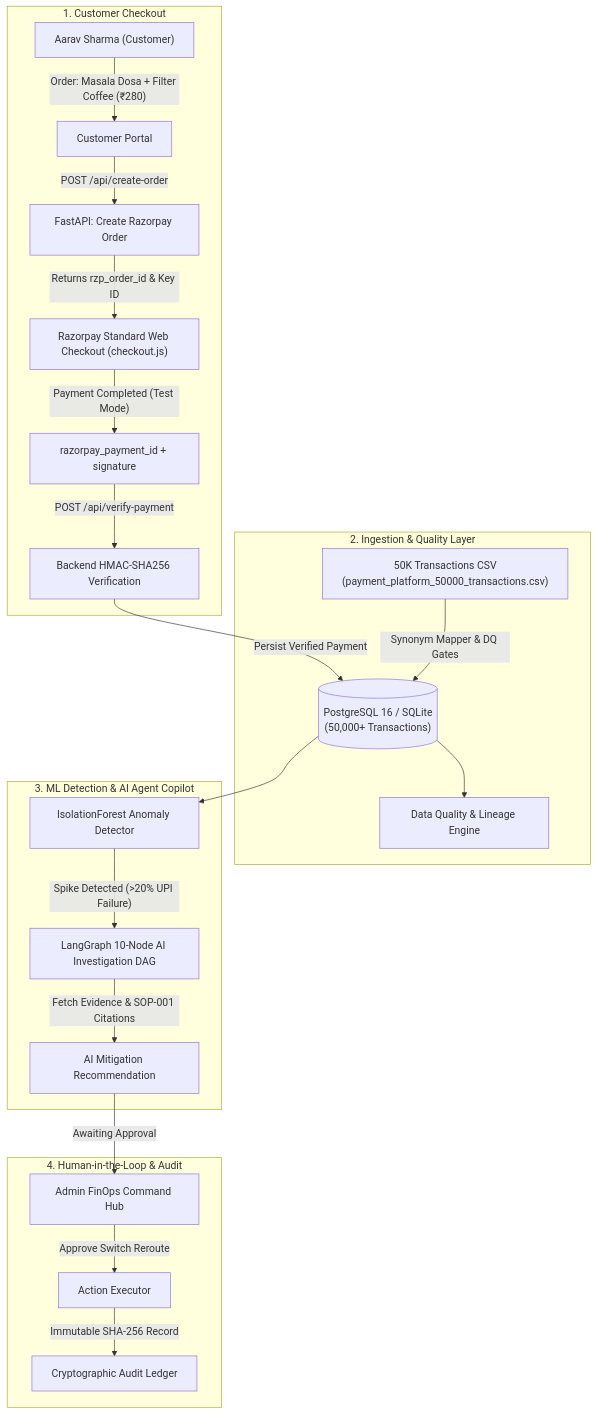
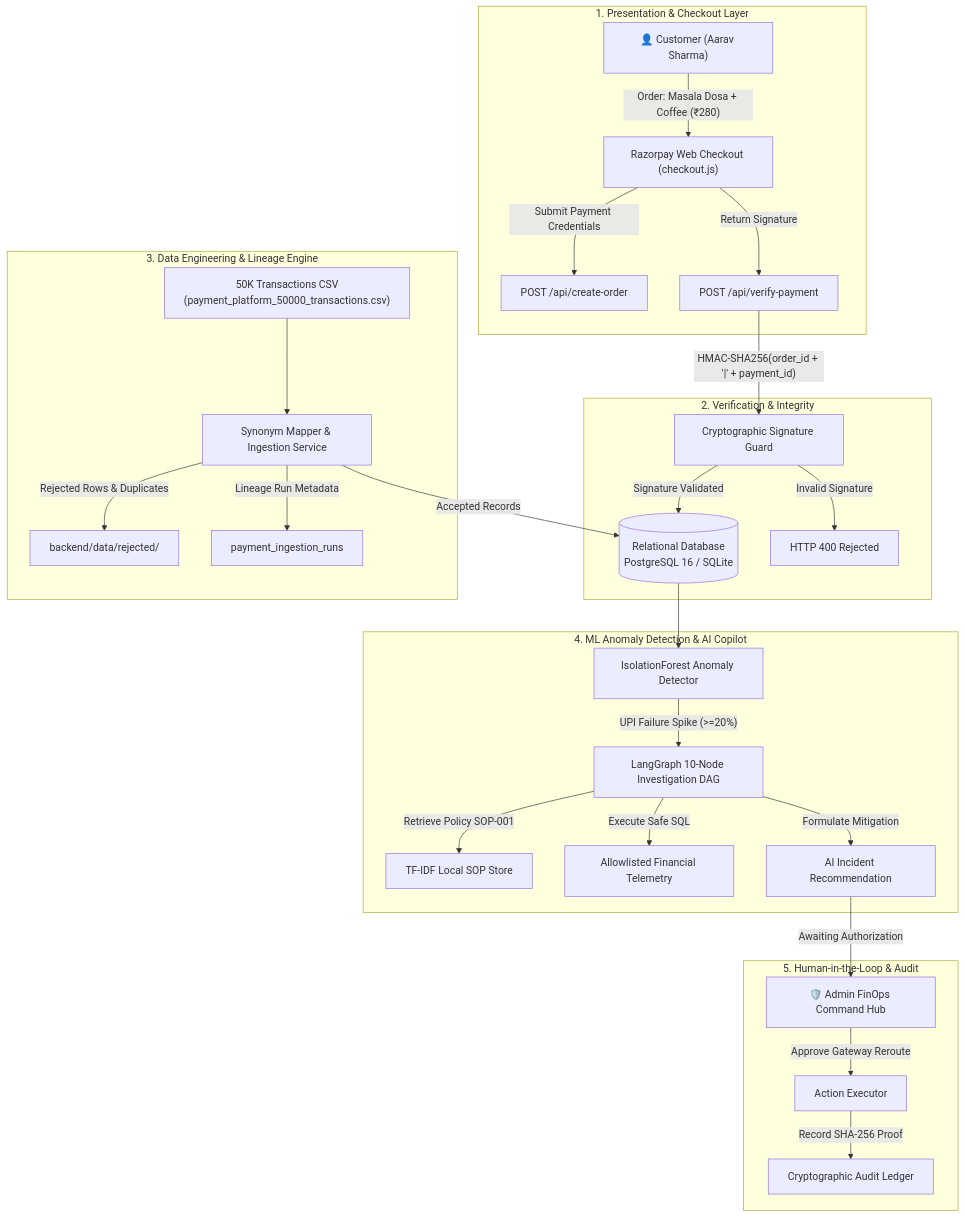
The diagram in README.md (naveenkotnana/PayBridge-Payments-AI-Powered-FinOps-Payment-Operations-Platform), drawn with Mermaid before and after one commit. The commit also changed other lines of this file, not shown here.

````diff
--- a/README.md
+++ b/README.md
@@ -105,28 +31,35 @@
 ```mermaid
 flowchart TD
-    subgraph Customer_Action ["1. Customer Checkout"]
-        C["Aarav Sharma (Customer)"] -->|"Order: Masala Dosa + Filter Coffee (₹280)"| CP["Customer Portal"]
-        CP -->|"POST /api/create-order"| API1["FastAPI: Create Razorpay Order"]
-        API1 -->|"Returns rzp_order_id & Key ID"| RZP["Razorpay Standard Web Checkout (checkout.js)"]
-        RZP -->|"Payment Completed (Test Mode)"| RZPRES["razorpay_payment_id + signature"]
-        RZPRES -->|"POST /api/verify-payment"| V["Backend HMAC-SHA256 Verification"]
+    subgraph Client_Layer ["1. Presentation & Checkout Layer"]
+        CUST["👤 Customer (Aarav Sharma)"] -->|"Order: Masala Dosa + Coffee (₹280)"| RZP["Razorpay Web Checkout (checkout.js)"]
+        RZP -->|"Submit Payment Credentials"| API_ORD["POST /api/create-order"]
+        RZP -->|"Return Signature"| API_VER["POST /api/verify-payment"]
     end
 
-    subgraph Data_Pipeline ["2. Ingestion & Quality Layer"]
-        V -->|"Persist Verified Payment"| DB[("PostgreSQL 16 / SQLite<br>(50,000+ Transactions)")]
-        CSV["50K Transactions CSV<br>(payment_platform_50000_transactions.csv)"] -->|"Synonym Mapper & DQ Gates"| DB
-        DB --> DQ["Data Quality & Lineage Engine"]
+    subgraph Security_Layer ["2. Verification & Integrity"]
+        API_VER -->|"HMAC-SHA256(order_id + '|' + payment_id)"| SEC["Cryptographic Signature Guard"]
+        SEC -->|"Signature Validated"| DB[("Relational Database<br>PostgreSQL 16 / SQLite")]
+        SEC -->|"Invalid Signature"| ERR["HTTP 400 Rejected"]
     end
 
-    subgraph Intelligence ["3. ML Detection & AI Agent Copilot"]
-        DB --> ML["IsolationForest Anomaly Detector"]
-        ML -->|"Spike Detected (>20% UPI Failure)"| DAG["LangGraph 10-Node AI Investigation DAG"]
-        DAG -->|"Fetch Evidence & SOP-001 Citations"| REC["AI Mitigation Recommendation"]
+    subgraph Data_Engineering ["3. Data Engineering & Lineage Engine"]
+        CSV["50K Transactions CSV<br>(payment_platform_50000_transactions.csv)"] --> MAPPER["Synonym Mapper & Ingestion Service"]
+        MAPPER -->|"Accepted Records"| DB
+        MAPPER -->|"Rejected Rows & Duplicates"| REJ["backend/data/rejected/"]
+        MAPPER -->|"Lineage Run Metadata"| RUNS["payment_ingestion_runs"]
     end
 
-    subgraph Human_Governance ["4. Human-in-the-Loop & Audit"]
-        REC -->|"Awaiting Approval"| ADM["Admin FinOps Command Hub"]
-        ADM -->|"Approve Switch Reroute"| ACT["Action Executor"]
-        ACT -->|"Immutable SHA-256 Record"| AUDIT["Cryptographic Audit Ledger"]
+    subgraph ML_Intelligence ["4. ML Anomaly Detection & AI Copilot"]
+        DB --> ML["IsolationForest Anomaly Detector"]
+        ML -->|"UPI Failure Spike (>=20%)"| DAG["LangGraph 10-Node Investigation DAG"]
+        DAG -->|"Retrieve Policy SOP-001"| RAG["TF-IDF Local SOP Store"]
+        DAG -->|"Execute Safe SQL"| SQL["Allowlisted Financial Telemetry"]
+        DAG -->|"Formulate Mitigation"| REC["AI Incident Recommendation"]
+    end
+
+    subgraph Governance ["5. Human-in-the-Loop & Audit"]
+        REC -->|"Awaiting Authorization"| ADM["🛡️ Admin FinOps Command Hub"]
+        ADM -->|"Approve Gateway Reroute"| ACT["Action Executor"]
+        ACT -->|"Record SHA-256 Proof"| AUDIT["Cryptographic Audit Ledger"]
     end
 ```
````
